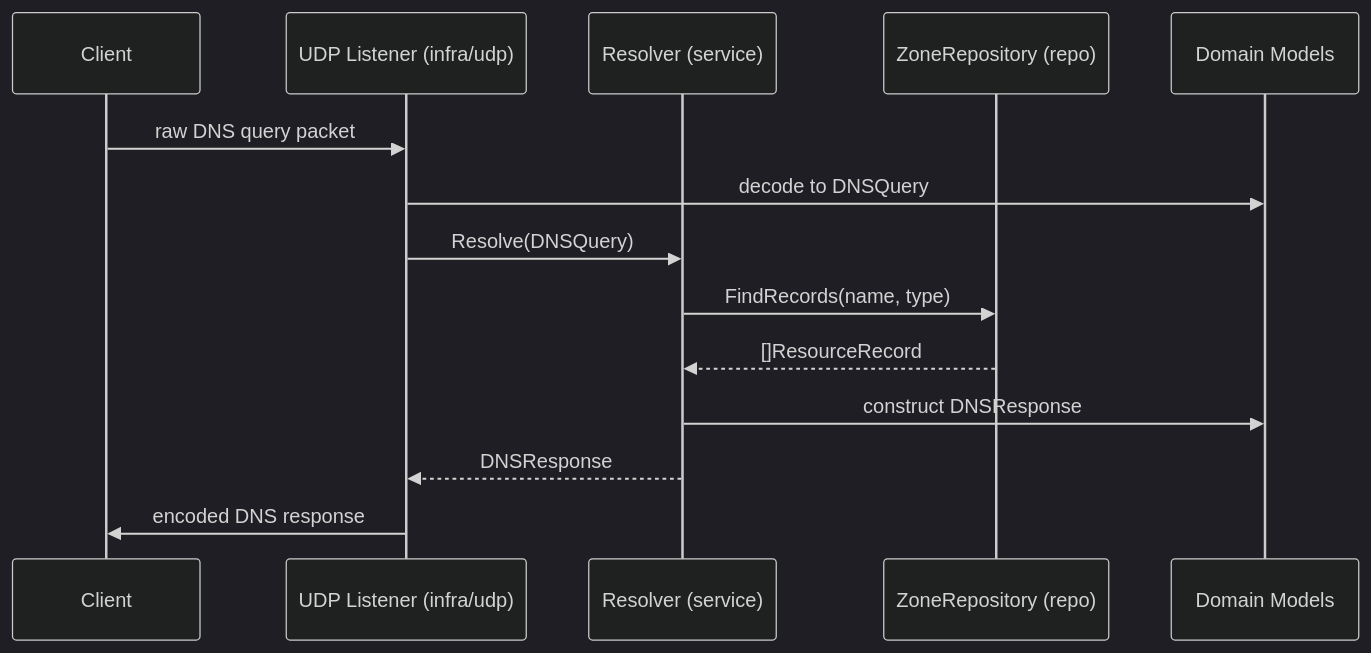
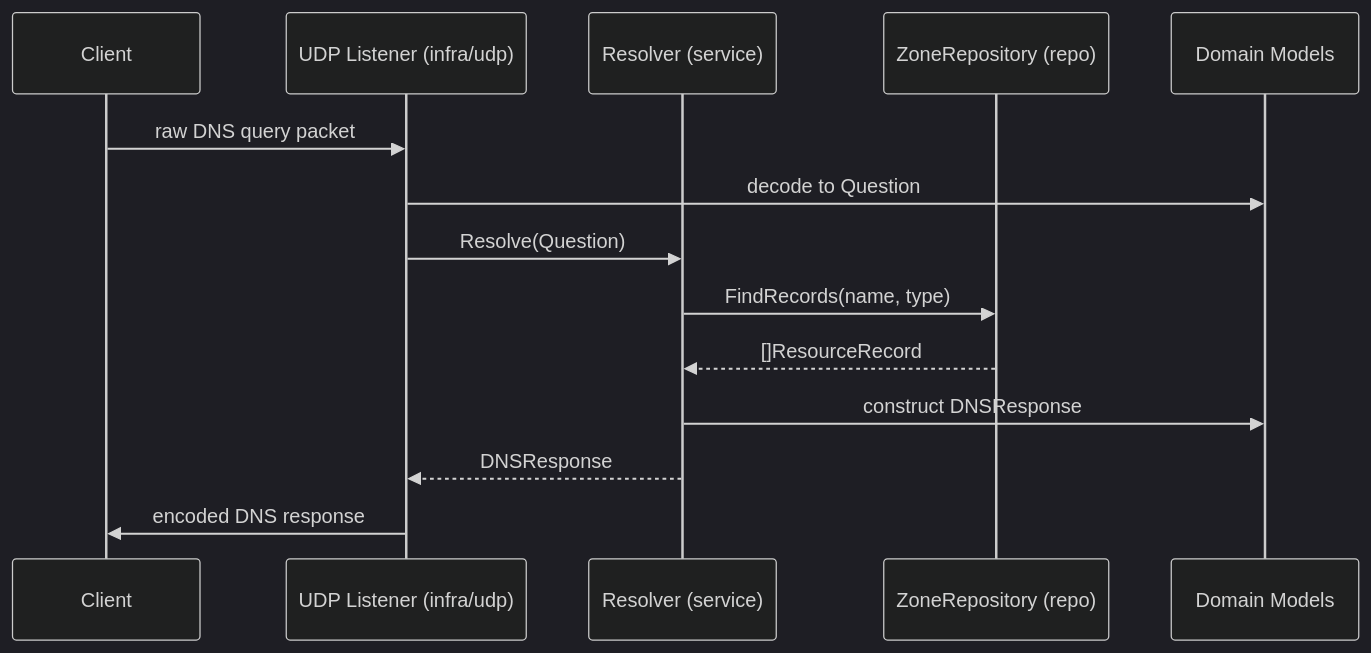
One commit to haukened/rr-dns changed the second of 2 diagrams in internal/dns/domain/README.md. Above: the diagram before and after it, drawn with Mermaid (dark theme). The commit also changed other lines of this file, not shown here.

Commit message:
refactor: rename DNSQuery to Question in documentation and code examples

````diff
--- a/internal/dns/domain/README.md
+++ b/internal/dns/domain/README.md
@@ -396,17 +394,17 @@
 ```mermaid
 sequenceDiagram
     participant Client
     participant Infra as UDP Listener (infra/udp)
     participant Service as Resolver (service)
     participant Repo as ZoneRepository (repo)
     participant Domain as Domain Models
 
     Client->>Infra: raw DNS query packet
-    Infra->>Domain: decode to DNSQuery
-    Infra->>Service: Resolve(DNSQuery)
+  Infra->>Domain: decode to Question
+  Infra->>Service: Resolve(Question)
     Service->>Repo: FindRecords(name, type)
     Repo-->>Service: []ResourceRecord
     Service->>Domain: construct DNSResponse
     Service-->>Infra: DNSResponse
     Infra->>Client: encoded DNS response
 ```
````
